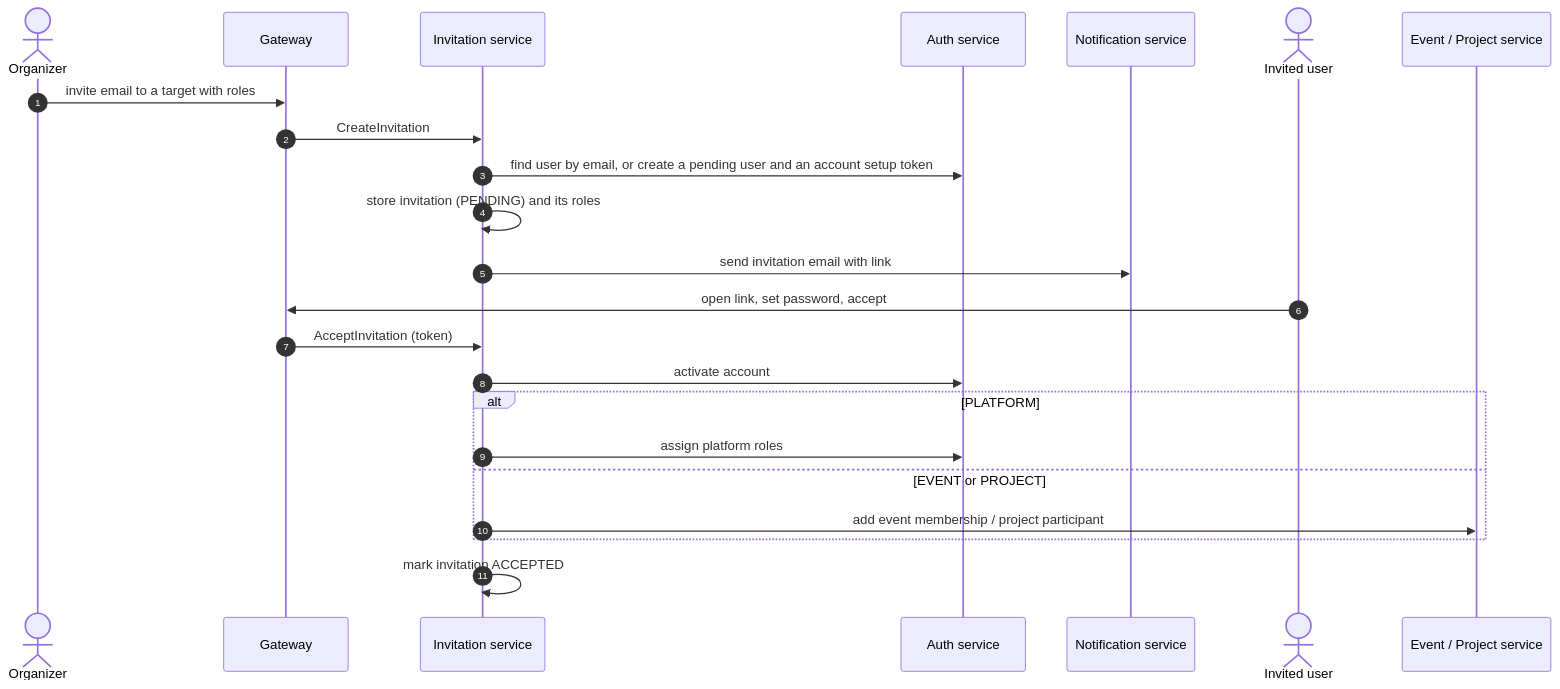
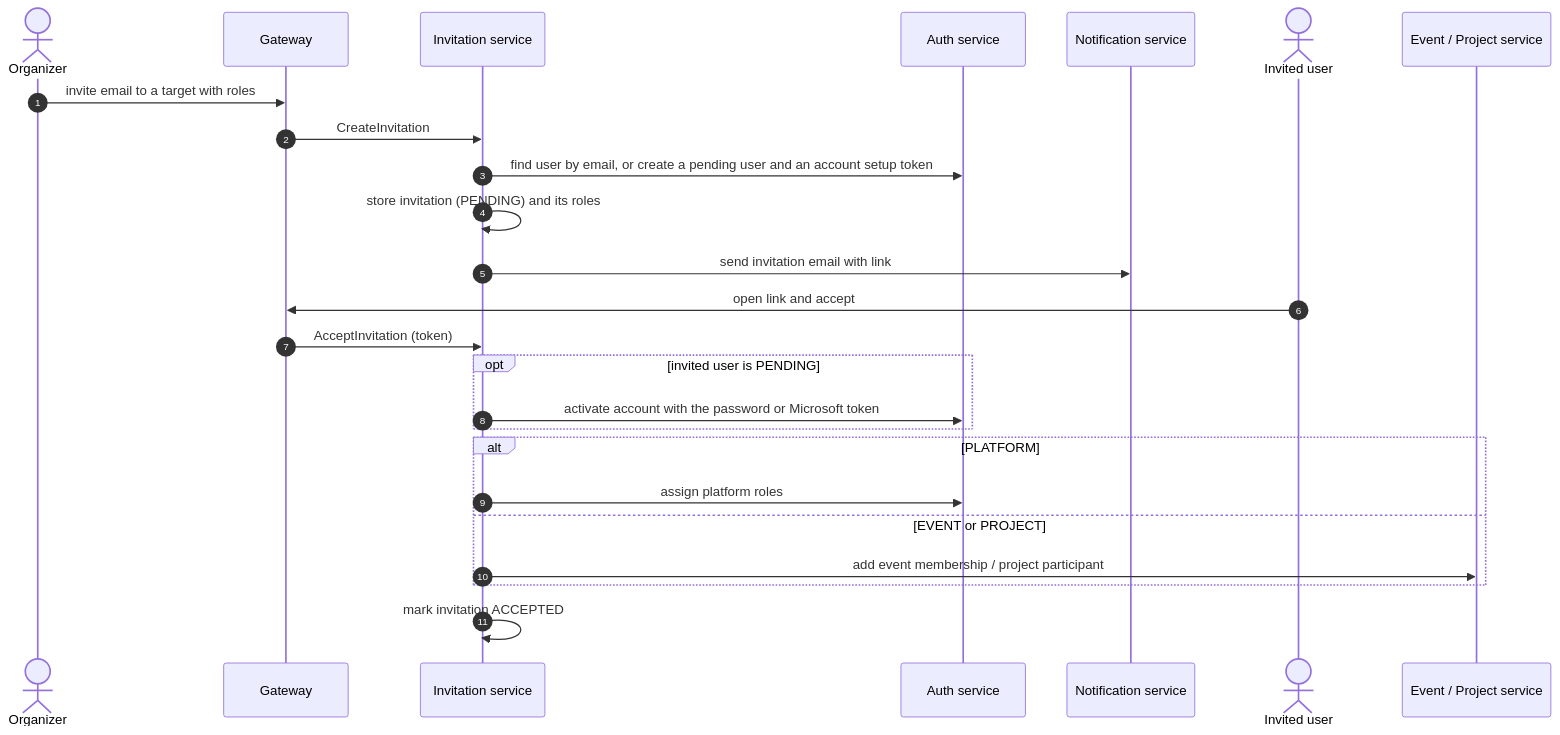
One commit to PCPI-UN/Iris changed the diagram in docs/invitation-service/README.md. Above: the diagram before and after it, drawn with Mermaid. The commit also changed other lines of this file and 3 other files, not shown here.

````diff
--- a/docs/invitation-service/README.md
+++ b/docs/invitation-service/README.md
@@ -45,27 +45,29 @@
 ```mermaid
 sequenceDiagram
     autonumber
     actor O as Organizer
     participant GW as Gateway
     participant I as Invitation service
     participant A as Auth service
     participant N as Notification service
     actor U as Invited user
     participant T as Event / Project service
 
     O->>GW: invite email to a target with roles
     GW->>I: CreateInvitation
     I->>A: find user by email, or create a pending user and an account setup token
     I->>I: store invitation (PENDING) and its roles
     I->>N: send invitation email with link
 
-    U->>GW: open link, set password, accept
+    U->>GW: open link and accept
     GW->>I: AcceptInvitation (token)
-    I->>A: activate account
+    opt invited user is PENDING
+        I->>A: activate account with the password or Microsoft token
+    end
     alt PLATFORM
         I->>A: assign platform roles
     else EVENT or PROJECT
         I->>T: add event membership / project participant
     end
     I->>I: mark invitation ACCEPTED
 ```
````
